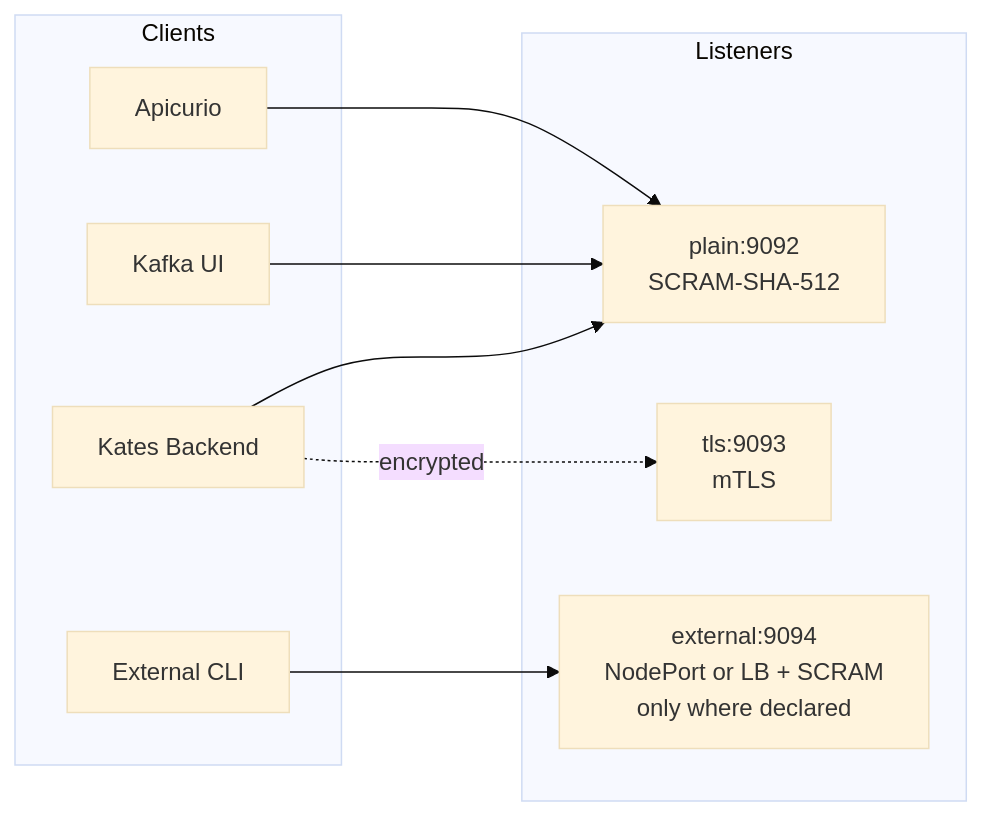
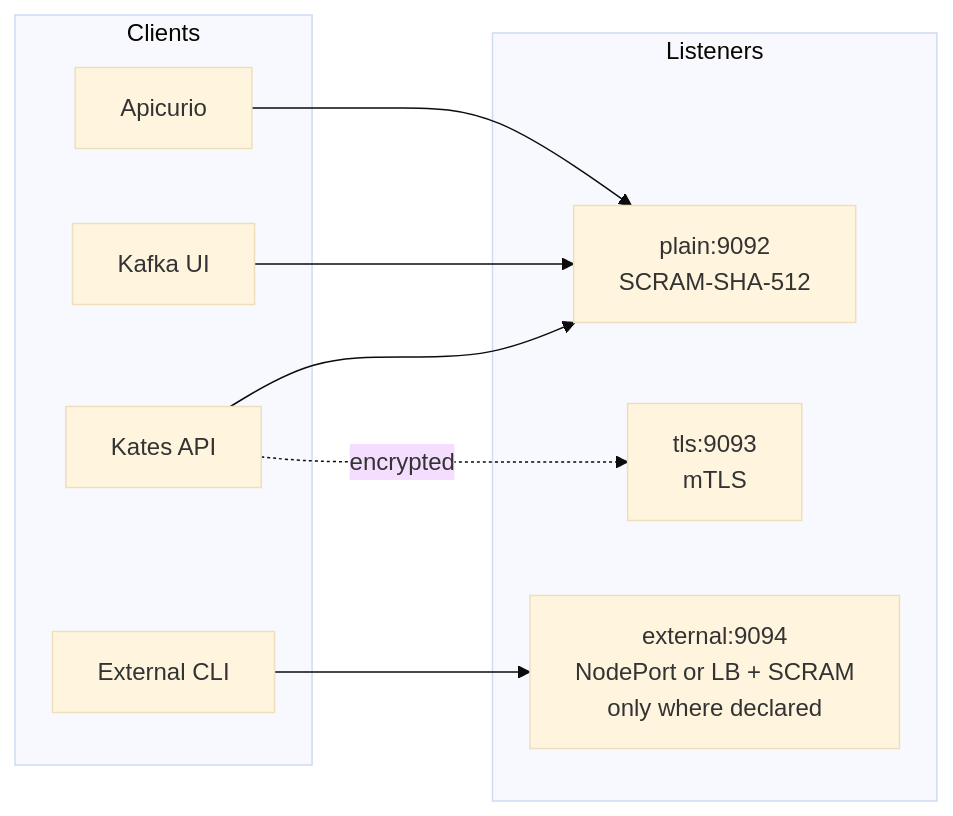
The third of 6 diagrams in docs/book/15-kafka-deployment.md (actions-marketplace-validations/bmscomp_kates), drawn with Mermaid (base theme) before and after one commit. The commit also changed other lines of this file and 5 other files, not shown here.

First line of the commit message:
docs(book): one home for NetworkPolicy additivity, and the Kates API's name in Parts IV and V (#227)

````diff
--- a/docs/book/15-kafka-deployment.md
+++ b/docs/book/15-kafka-deployment.md
@@ -270,24 +270,24 @@
 ```mermaid
 %%| label: fig-kde-listeners
 %%| fig-cap: "Which client uses which listener: the in-cluster services use plain, and external exists only where the values chain declares it."
-%%| fig-alt: "The Kates backend, Kafka UI and Apicurio connect to the plain listener on 9092 with SCRAM-SHA-512. An external CLI connects to the external listener on 9094, a NodePort or load balancer with SCRAM, which exists only where declared. A dashed line marks the Kates backend's encrypted option, the tls listener on 9093 with mTLS."
+%%| fig-alt: "The Kates API, Kafka UI and Apicurio connect to the plain listener on 9092 with SCRAM-SHA-512. An external CLI connects to the external listener on 9094, a NodePort or load balancer with SCRAM, which exists only where declared. A dashed line marks the Kates API's encrypted option, the tls listener on 9093 with mTLS."
 graph LR
     subgraph Clients
-        Kates[Kates Backend]
+        Kates[Kates API]
         KUI[Kafka UI]
         Apicurio[Apicurio]
         External[External CLI]
     end
 
     subgraph Listeners
         P["plain:9092<br/>SCRAM-SHA-512"]
         T["tls:9093<br/>mTLS"]
         E["external:9094<br/>NodePort or LB + SCRAM<br/>only where declared"]
     end
 
     Kates --> P
     KUI --> P
     Apicurio --> P
     External --> E
     Kates -.->|"encrypted"| T
 ```
````
